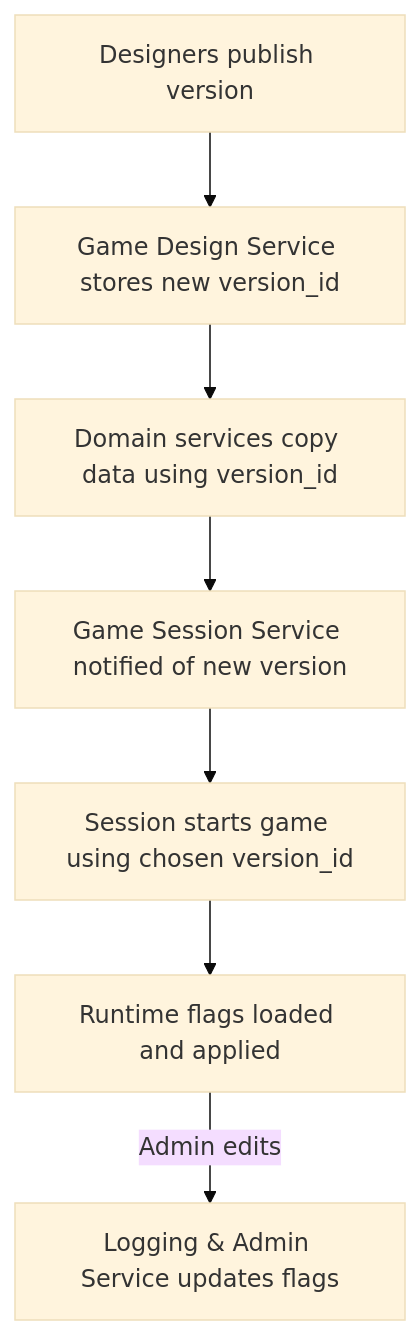
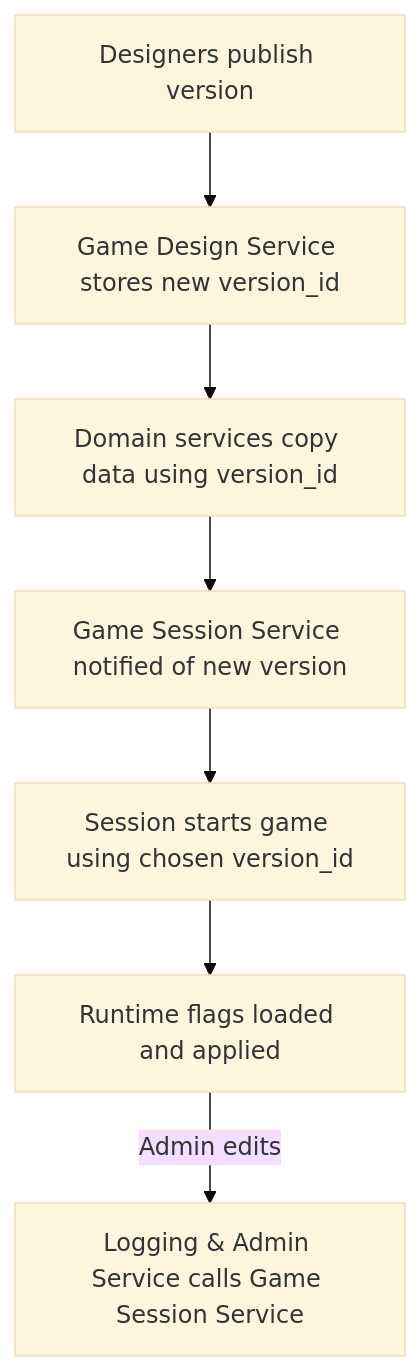
Before and after one commit to benhook1013/FireMUD: the diagram in design/architecture/system-architecture-versioning-runtime.md, drawn with Mermaid (base theme). The commit also changed other lines of this file, not shown here.

````diff
--- a/design/architecture/system-architecture-versioning-runtime.md
+++ b/design/architecture/system-architecture-versioning-runtime.md
@@ -75,9 +72,9 @@
 ```mermaid
 flowchart TD
     A[Designers publish version] --> B[Game Design Service stores new version_id]
     B --> C[Domain services copy data using version_id]
     C --> D[Game Session Service notified of new version]
     D --> E[Session starts game using chosen version_id]
     E --> F[Runtime flags loaded and applied]
-    F -->|Admin edits| G[Logging & Admin Service updates flags]
+    F -->|Admin edits| G[Logging & Admin Service calls Game Session Service]
 ```
````
